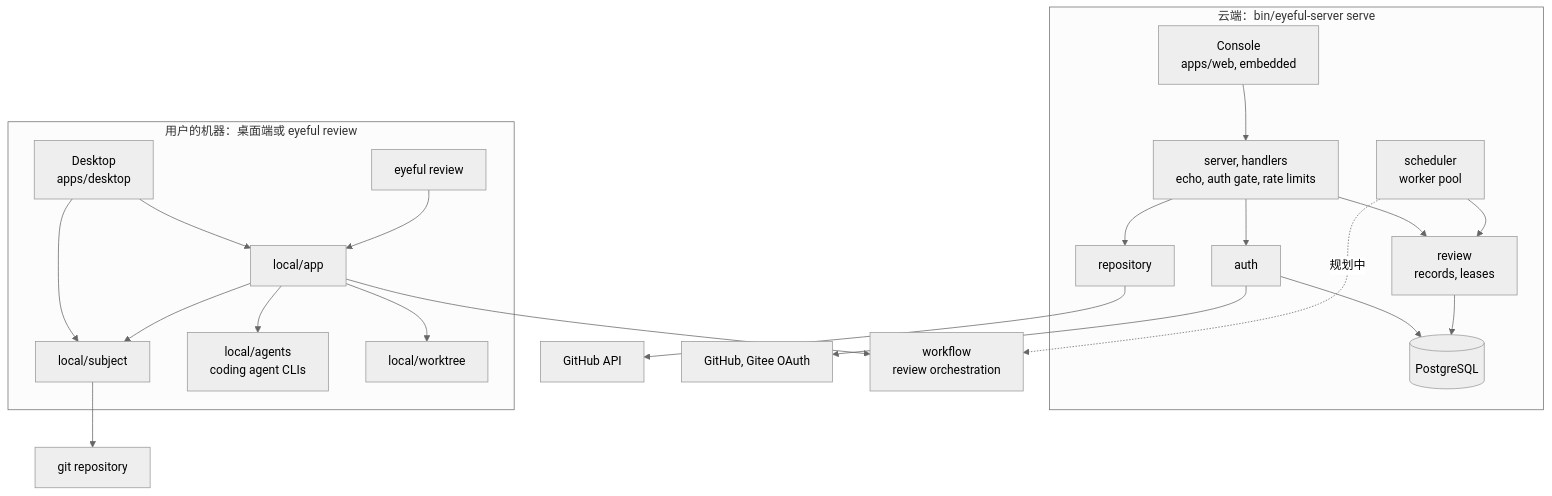
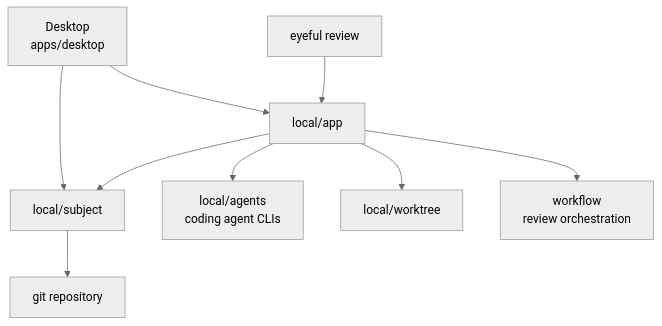
The first of 2 diagrams in docs/zh/ARCHITECTURE.md (Pleasurecruise/eyeful), drawn with Mermaid (neutral theme) before and after one commit. The commit also changed other lines of this file and 212 other files, not shown here.

First line of the commit message:
refactor(cloud): move the server into its own module and count cached tokens

````diff
--- a/docs/zh/ARCHITECTURE.md
+++ b/docs/zh/ARCHITECTURE.md
@@ -7,23 +7,9 @@
 ```mermaid
 flowchart TB
-    subgraph cloud["云端：bin/eyeful-server serve"]
-        console["Console<br/>apps/web, embedded"] --> server["server, handlers<br/>echo, auth gate, rate limits"]
-        server --> auth["auth"] & review["review<br/>records, leases"] & repository["repository"]
-        scheduler["scheduler<br/>worker pool"] --> review
-        auth & review --> pg[("PostgreSQL")]
-    end
-    repository --> github["GitHub API"]
-    auth --> providers["GitHub, Gitee OAuth"]
-
-    subgraph machine["用户的机器：桌面端或 eyeful review"]
-        desktop["Desktop<br/>apps/desktop"] --> subject["local/subject"]
-        desktop --> lapp
-        cli["eyeful review"] --> lapp["local/app"]
-        lapp --> subject & agents["local/agents<br/>coding agent CLIs"] & tree["local/worktree"]
-    end
-    cloud ~~~ machine
+    desktop["Desktop<br/>apps/desktop"] --> subject["local/subject"]
+    desktop --> lapp
+    cli["eyeful review"] --> lapp["local/app"]
+    lapp --> subject & agents["local/agents<br/>coding agent CLIs"] & tree["local/worktree"]
     subject --> git["git repository"]
-    workflow["workflow<br/>review orchestration"]
-    scheduler -.->|规划中| workflow
-    lapp --> workflow
+    lapp --> workflow["workflow<br/>review orchestration"]
 ```
````
